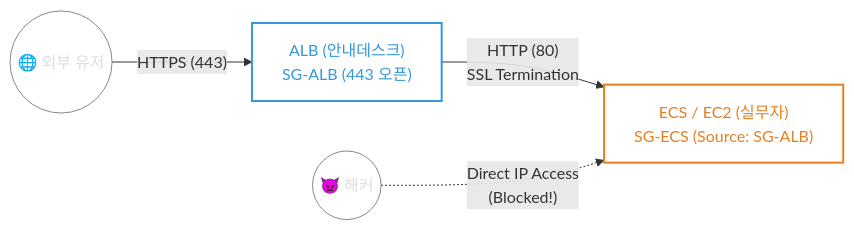
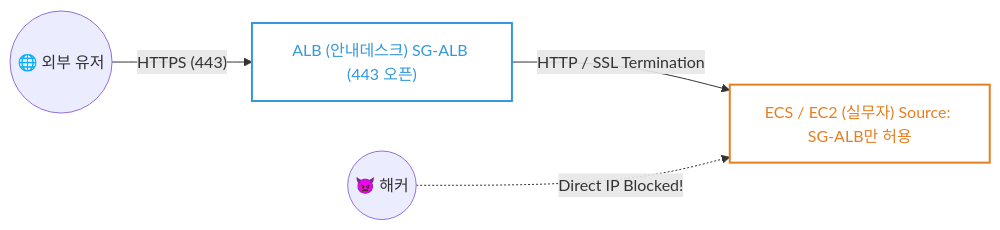
One commit to duwnstj/duwnstj.github.io changed the diagram in _posts/2026-07-10-zerotrust-alb-security-group-chaining.md. Above: the diagram before and after it, drawn with Mermaid. The commit also changed other lines of this file and 2 other files, not shown here.

Commit message:
fix: Mermaid 다이어그램 렌더링 오류 수정 (highlight 래퍼 제거)

````diff
--- a/_posts/2026-07-10-zerotrust-alb-security-group-chaining.md
+++ b/_posts/2026-07-10-zerotrust-alb-security-group-chaining.md
@@ -25,17 +24,15 @@
 ```mermaid
 graph LR
-    %% 다크모드 호환을 위한 스타일 지정
-    classDef default fill:none,stroke:#888,color:#ddd
     classDef alb fill:none,stroke:#3498db,stroke-width:2px,color:#3498db
     classDef ecs fill:none,stroke:#e67e22,stroke-width:2px,color:#e67e22
     classDef hacker fill:none,stroke:#e74c3c,stroke-width:2px,stroke-dasharray: 5 5,color:#e74c3c
 
     User(("🌐 외부 유저"))
     Hacker(("👿 해커"))
-    ALB["ALB (안내데스크)<br>SG-ALB (443 오픈)"]:::alb
-    ECS["ECS / EC2 (실무자)<br>SG-ECS (Source: SG-ALB)"]:::ecs
+    ALB["ALB (안내데스크) SG-ALB (443 오픈)"]:::alb
+    ECS["ECS / EC2 (실무자) Source: SG-ALB만 허용"]:::ecs
 
     User -- "HTTPS (443)" --> ALB
-    ALB -- "HTTP (80)<br>SSL Termination" --> ECS
-    Hacker -. "Direct IP Access<br>(Blocked!)" .-> ECS
+    ALB -- "HTTP / SSL Termination" --> ECS
+    Hacker -. "Direct IP Blocked!" .-> ECS
 ```
````
